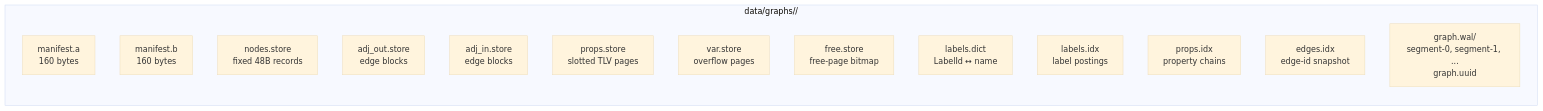
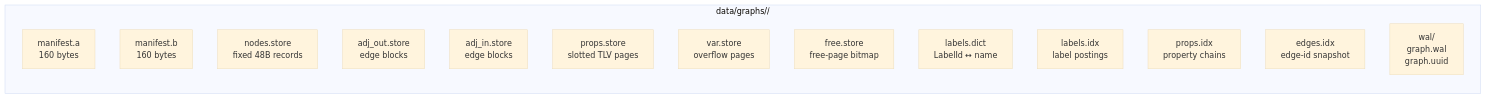
Before and after one commit to geodedb/zig-graph-storage: the fifth of 5 diagrams in README.md, drawn with Mermaid (base theme). The commit also changed other lines of this file and 42 other files, not shown here.

````diff
--- a/README.md
+++ b/README.md
@@ -170,18 +176,18 @@
 ```mermaid
 graph LR
     subgraph DataDir["data/graphs/<uuid_hex>/"]
         MA["manifest.a<br/>160 bytes"]
         MB["manifest.b<br/>160 bytes"]
         NS["nodes.store<br/>fixed 48B records"]
         AO["adj_out.store<br/>edge blocks"]
         AI["adj_in.store<br/>edge blocks"]
         PS["props.store<br/>slotted TLV pages"]
         VS["var.store<br/>overflow pages"]
         FR["free.store<br/>free-page bitmap"]
         LD["labels.dict<br/>LabelId ↔ name"]
         LI["labels.idx<br/>label postings"]
         PI["props.idx<br/>property chains"]
         EI["edges.idx<br/>edge-id snapshot"]
-        WAL["graph.wal/<br/>segment-0, segment-1, ...<br/>graph.uuid"]
+        WAL["wal/<br/>graph.wal<br/>graph.uuid"]
     end
 ```
````
